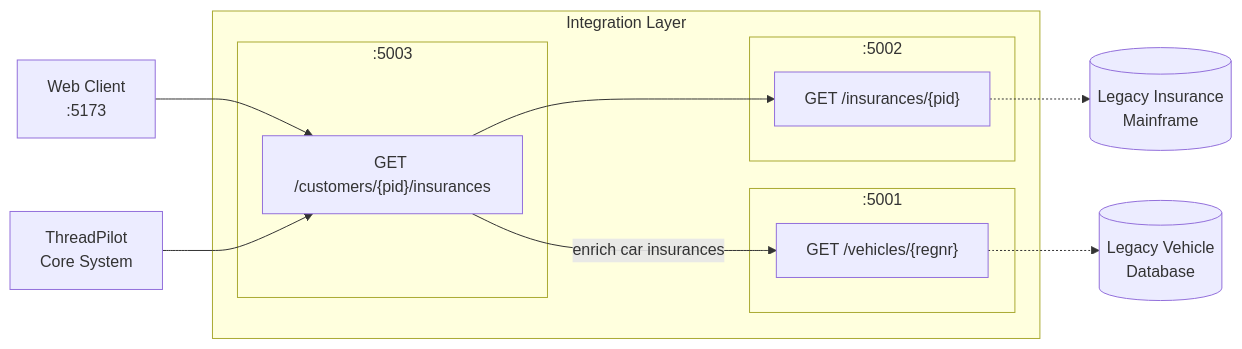
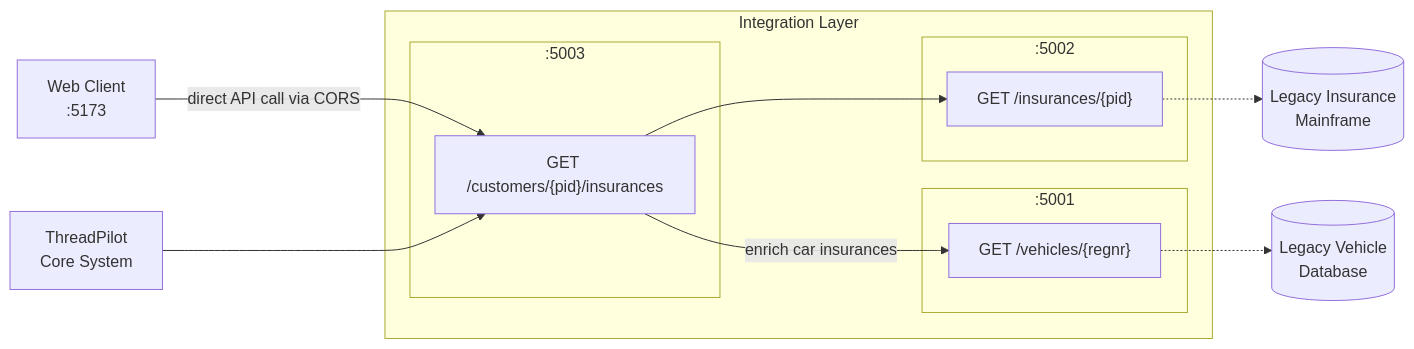
The diagram in README.md (akerstrom/insurance-platform-showcase), drawn with Mermaid before and after one commit. The commit also changed other lines of this file and 8 other files, not shown here.

First line of the commit message:
refactor(client): replace nginx proxy with direct CORS API calls (#7)

````diff
--- a/README.md
+++ b/README.md
@@ -13,28 +13,28 @@
 ```mermaid
 flowchart LR
     WEB[Web Client\n:5173]
     TP[ThreadPilot\nCore System]
 
     subgraph Integration Layer
         subgraph Customer API [:5003]
             C["GET /customers/{pid}/insurances"]
         end
         subgraph Insurance API [:5002]
             I["GET /insurances/{pid}"]
         end
         subgraph Vehicle API [:5001]
             V["GET /vehicles/{regnr}"]
         end
     end
 
-    WEB --> C
+    WEB -->|direct API call via CORS| C
     TP --> C
     C --> I
     C -->|enrich car insurances| V
 
     LI[(Legacy Insurance\nMainframe)]
     LV[(Legacy Vehicle\nDatabase)]
 
     I -.-> LI
     V -.-> LV
 ```
````
